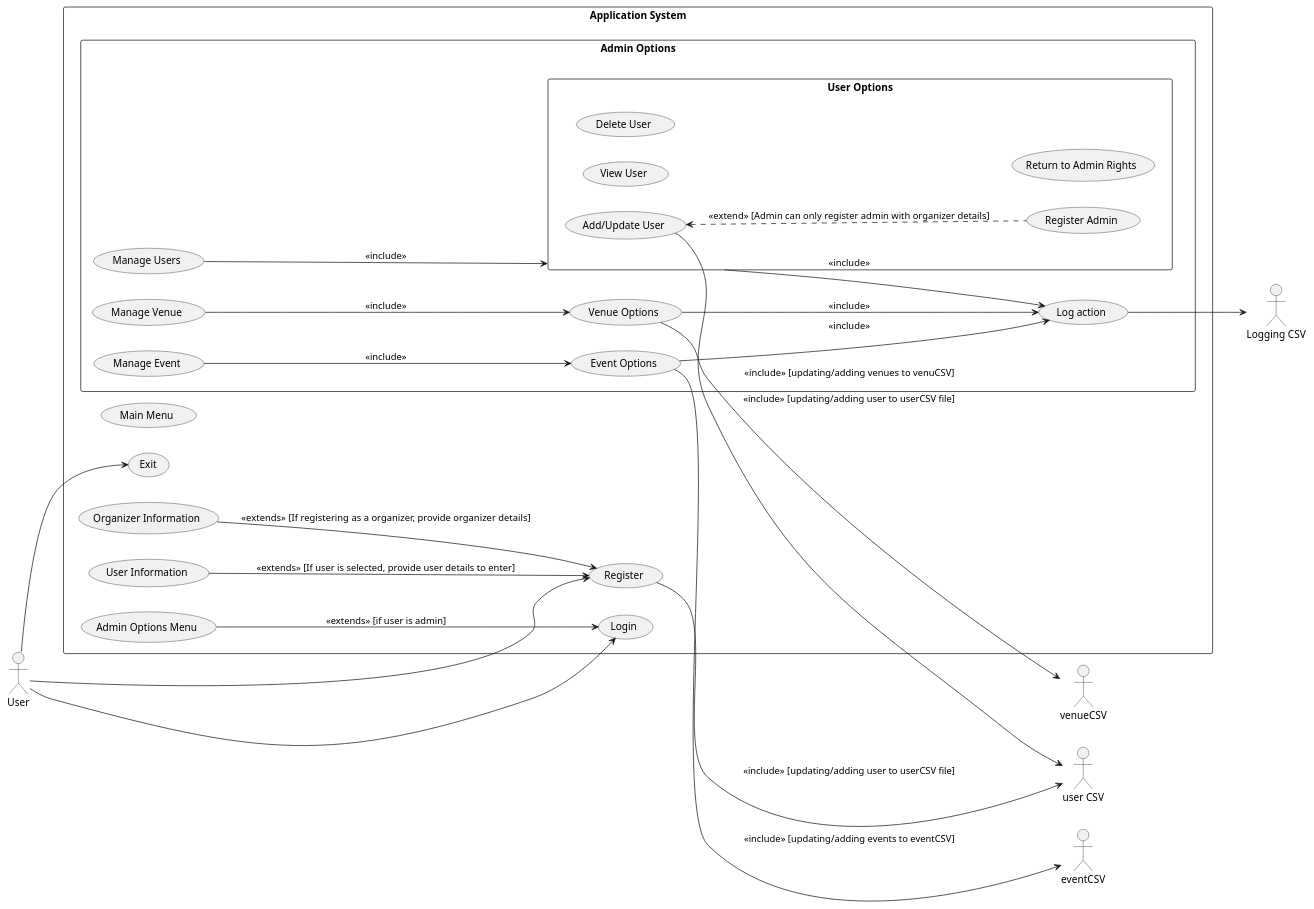
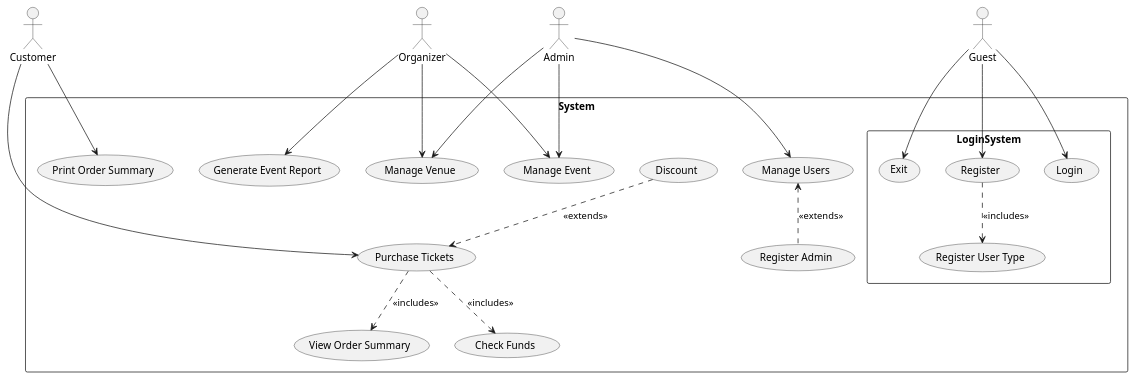
Before and after one commit to jluna4072/TicketMiner: the diagram in diagrams/UseCaseDiagram/useCaseUML.puml, drawn with PlantUML. The commit also changed 6 other files, not shown here.

Commit message:
Finished Usecase diagram

```diff
--- a/diagrams/UseCaseDiagram/useCaseUML.puml
+++ b/diagrams/UseCaseDiagram/useCaseUML.puml
@@ -1,71 +1,58 @@
 @startuml
-left to right direction
-actor "User" as user
-actor "Logging CSV" as loggerCSV
-actor "user CSV" as userCSV
-actor "eventCSV" as eventCSV
-actor "venueCSV" as venueCSV
+actor "Organizer" as Organizer
+actor "Admin" as Admin
+actor "Guest" as Guest 
+actor "Customer" as Customer
 
-rectangle applicationSystem as "Application System"{
 
-  usecase "Main Menu" as mainMenu 
-  usecase "Register" as register
-  usecase "Login" as login 
-  usecase "Exit" as exit
+rectangle sys as "System"{
+  rectangle loginSys as "LoginSystem"{
+   usecase "Register" as reg
+   usecase "Register User Type" as rst
+   reg ..>  rst : <<includes>>
+
+   usecase "Login" as login
+   usecase "Exit" as exit
+
+  }
+   
+  usecase "Purchase Tickets" as buyTickets
+  usecase "View Order Summary" as orderSumm
+  usecase "Check Funds" as checkFunds
+  buyTickets ..> checkFunds : <<includes>>
+  buyTickets ..> orderSumm : <<includes>>
+  usecase "Discount" as discount
+  discount ..> buyTickets : <<extends>>  
+
+  usecase "Print Order Summary"  as POS
+  Customer-->  POS
+  usecase "Manage Event" as manEvent 
+  usecase "Generate Event Report" as eventReport
+
+  usecase "Manage Users" as manUser
+  usecase "Manage Venue" as manVenue
+  usecase "Manage Event" as manEvent
+
+  usecase "Register Admin" as regAdmin
+  manUser <.. regAdmin : <<extends>>
+
+
+  Guest --> reg
+  Guest --> login
+  Guest --> exit 
+
+  Customer --> buyTickets
+
   
-  usecase "Admin Options Menu" as adminLogin
-  adminLogin --> login : <<extends>> [if user is admin]
+  Organizer --> manEvent
+  Organizer --> manVenue 
+  Organizer --> eventReport
+  
+  Admin --> manUser
+  Admin --> manEvent 
+  Admin --> manVenue
+  
+  
 
-  'Registering users' 
-
-  usecase "Organizer Information" as organInfo
-  organInfo --> register : <<extends>> [If registering as a organizer, provide organizer details] 
-
-  usecase "User Information" as userInfo 
-  userInfo --> register : <<extends>> [If user is selected, provide user details to enter]
-  
-  rectangle adminOptions as "Admin Options"{
-    usecase "Manage Event" as manEvent
-    usecase "Manage Venue" as manVenue
-    usecase "Manage Users" as manUsers
-    
-   rectangle userOptions as "User Options"{
-   usecase "Add/Update User" as addUpdateUser
-   usecase "View User" as viewUser
-   usecase "Delete User" as deleteUser
-   usecase "Register Admin" as regAdmin
-   usecase "Return to Admin Rights" as return
-   
-   addUpdateUser <.. regAdmin : <<extend>> [Admin can only register admin with organizer details]
-   
-   }
-
-   usecase "Venue Options" as venueOptions
-   usecase "Event Options" as eventOptions
-
-   manUsers --> userOptions : <<include>>   
-   manVenue --> venueOptions : <<include>>
-   manEvent --> eventOptions : <<include>> 
-   
-   usecase logger as "Log action"
-
-   userOptions --> logger : <<include>>
-   venueOptions --> logger : <<include>>
-   eventOptions --> logger : <<include>>
-  
-  }
 }
-
-logger --> loggerCSV
-user --> register
-user --> login
-user --> exit
-
-' Extend usecase relationships ' 
-
-' Include usecase relationships ' 
-  register --> userCSV : <<include>> [updating/adding user to userCSV file]
-  addUpdateUser --> userCSV : <<include >> [updating/adding user to userCSV file]
-  venueOptions --> venueCSV: <<include>> [updating/adding venues to venuCSV]
-  eventOptions --> eventCSV: <<include>> [updating/adding events to eventCSV]
 @enduml
```
